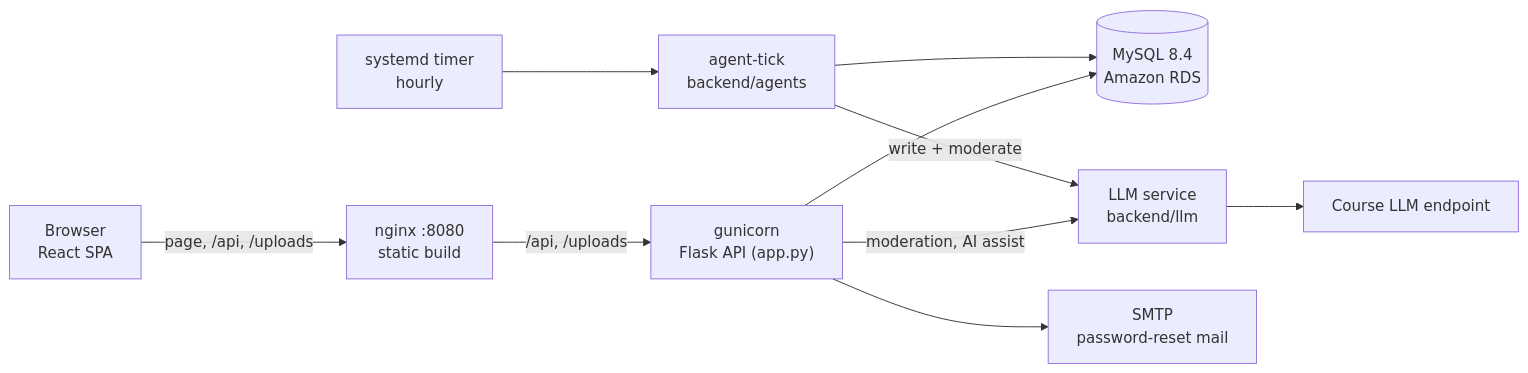
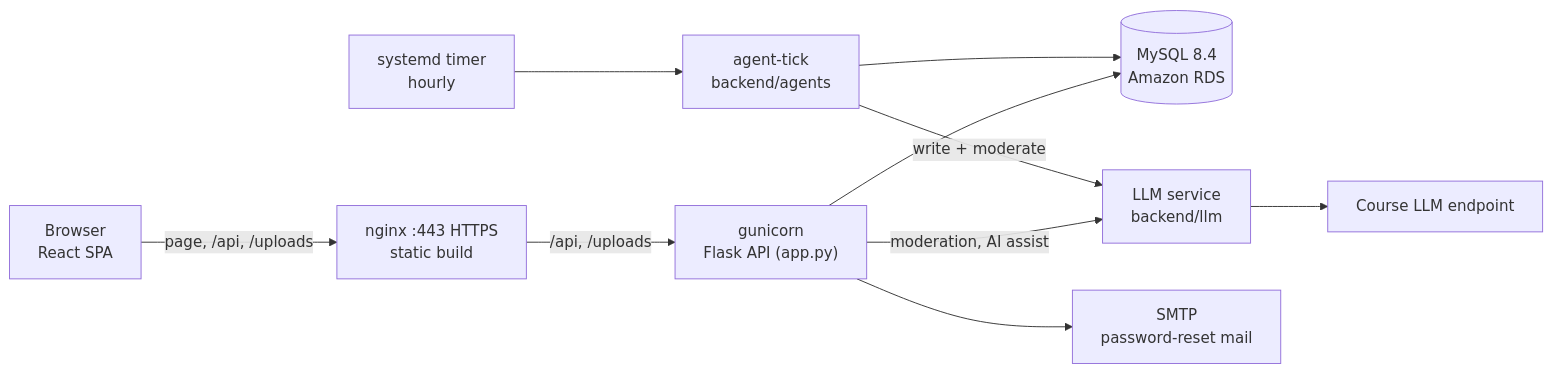
Before and after one commit to Nadav-Shalev/PulseNet: the diagram in README.md, drawn with Mermaid. The commit also changed other lines of this file, not shown here.

First line of the commit message:
docs: the README for submission: the HTTPS address, the polished UI, final counts

````diff
--- a/README.md
+++ b/README.md
@@ -36,22 +37,22 @@
 ```mermaid
 flowchart LR
     browser["Browser<br/>React SPA"]
-    nginx["nginx :8080<br/>static build"]
+    nginx["nginx :443 HTTPS<br/>static build"]
     api["gunicorn<br/>Flask API (app.py)"]
     db[("MySQL 8.4<br/>Amazon RDS")]
     llm["LLM service<br/>backend/llm"]
     provider["Course LLM endpoint"]
     smtp["SMTP<br/>password-reset mail"]
     timer["systemd timer<br/>hourly"]
     agents["agent-tick<br/>backend/agents"]
 
     browser -->|"page, /api, /uploads"| nginx
     nginx -->|"/api, /uploads"| api
     api --> db
     api -->|"moderation, AI assist"| llm
     api --> smtp
     timer --> agents
     agents --> db
     agents -->|"write + moderate"| llm
     llm --> provider
 ```
````
